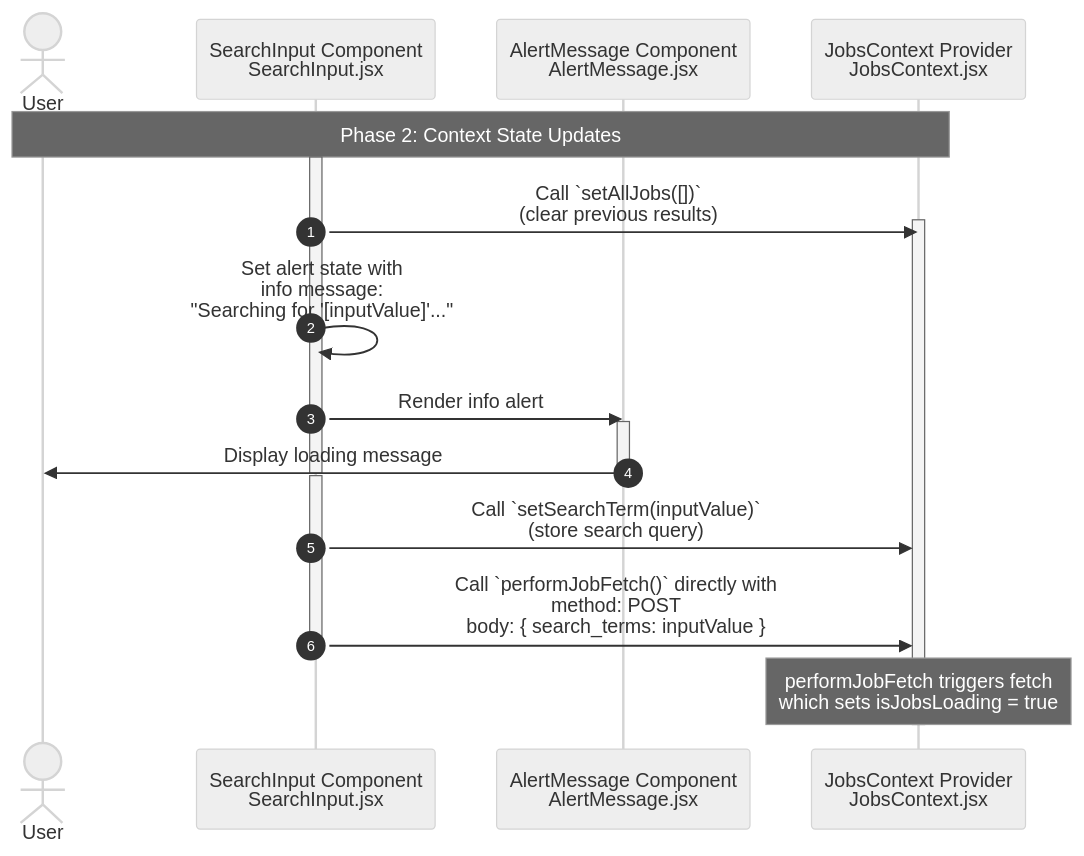
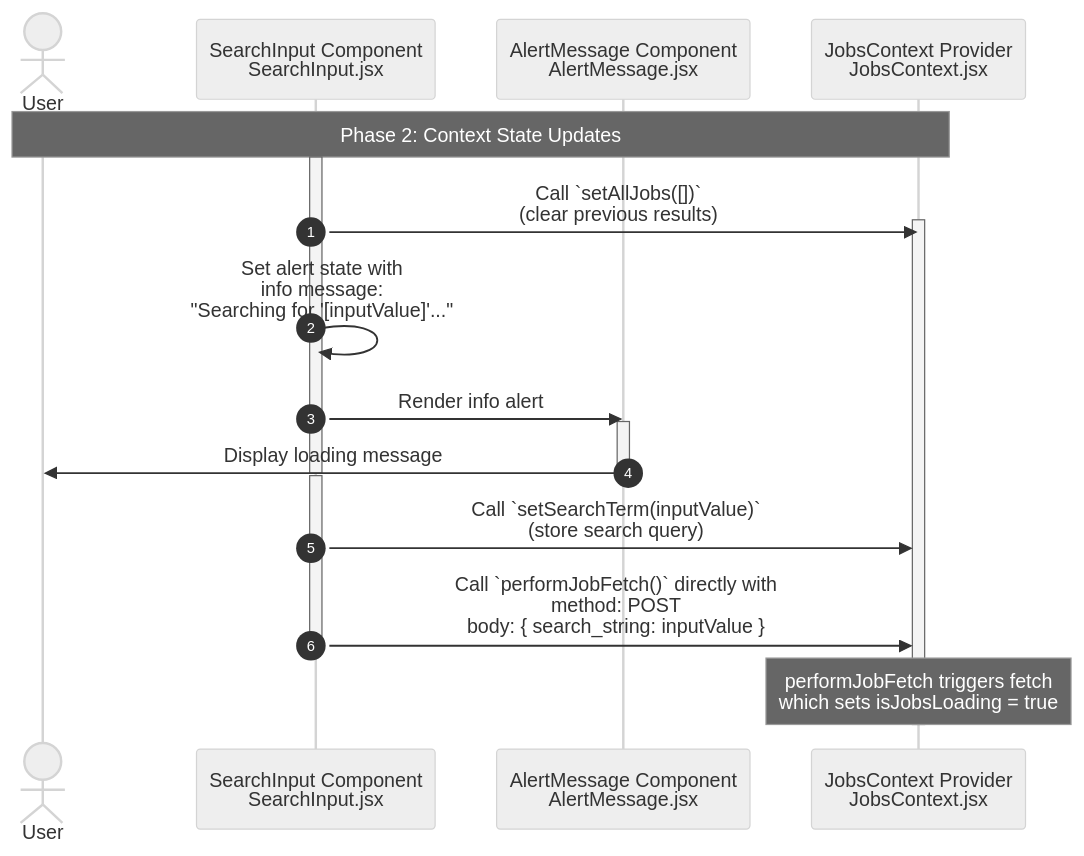
The diagram in documentation/jobFetch/2.Context State Updates.md (YahyaAl-Ademi/2025.10.23-JobCompass), drawn with Mermaid (neutral theme) before and after one commit. The commit also changed 6 other files, not shown here.

Commit message:
Refactor search functionality: rename 'search_terms' to 'search_string' for consistency across components and documentation

````diff
--- a/documentation/jobFetch/2.Context State Updates.md
+++ b/documentation/jobFetch/2.Context State Updates.md
@@ -7,37 +7,37 @@
 ```mermaid
 sequenceDiagram
     autonumber
     actor User
     %% File paths:
     %% SearchInput: client/src/components/SearchInput/SearchInput.jsx
     %% AlertMessage: client/src/components/AlertMessage/AlertMessage.jsx
     %% JobsContext: client/src/context/JobsContext.jsx
     participant SearchInput as SearchInput Component<br/>SearchInput.jsx
     participant AlertMessage as AlertMessage Component<br/>AlertMessage.jsx
     participant JobsContext as JobsContext Provider<br/>JobsContext.jsx
 
     Note over User,JobsContext: Phase 2: Context State Updates
     activate SearchInput
     SearchInput->>JobsContext: Call `setAllJobs([])`<br/>(clear previous results)
     activate JobsContext
     deactivate SearchInput
 
     activate SearchInput
     SearchInput->>SearchInput: Set alert state with<br/>info message:<br/>"Searching for '[inputValue]'..."
     SearchInput->>AlertMessage: Render info alert
     activate AlertMessage
     AlertMessage->>User: Display loading message
     deactivate AlertMessage
     deactivate SearchInput
 
     activate SearchInput
     SearchInput->>JobsContext: Call `setSearchTerm(inputValue)`<br/>(store search query)
     deactivate SearchInput
 
     activate SearchInput
-    SearchInput->>JobsContext: Call `performJobFetch()` directly with<br/>method: POST<br/>body: { search_terms: inputValue }
+    SearchInput->>JobsContext: Call `performJobFetch()` directly with<br/>method: POST<br/>body: { search_string: inputValue }
     deactivate SearchInput
 
     Note over JobsContext: performJobFetch triggers fetch<br/>which sets isJobsLoading = true
     deactivate JobsContext
 ```
````
